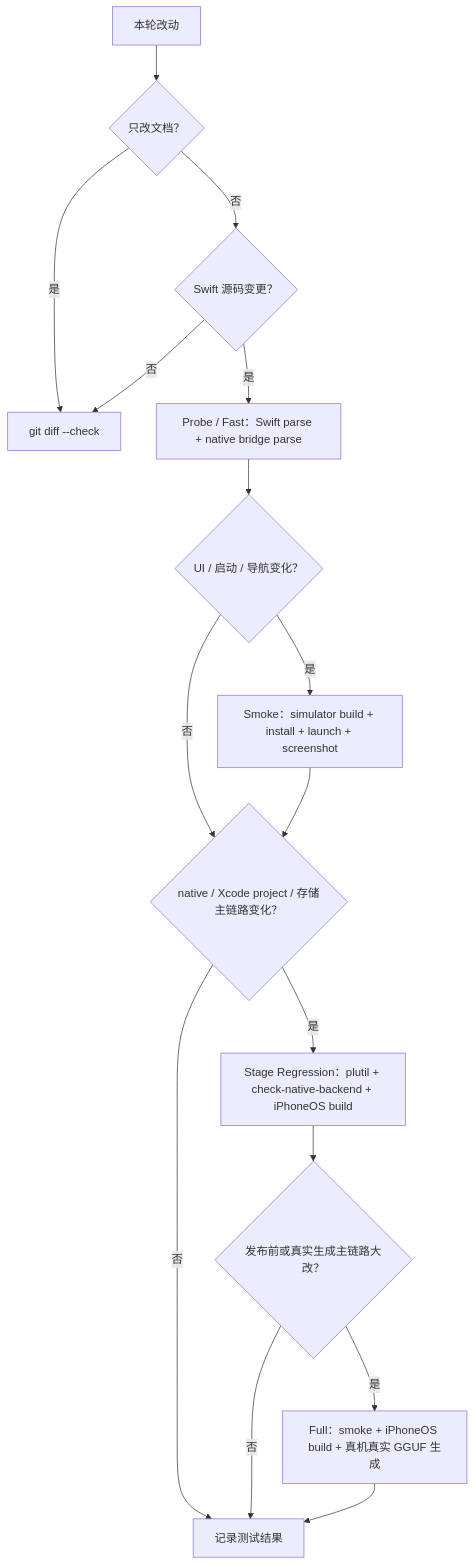
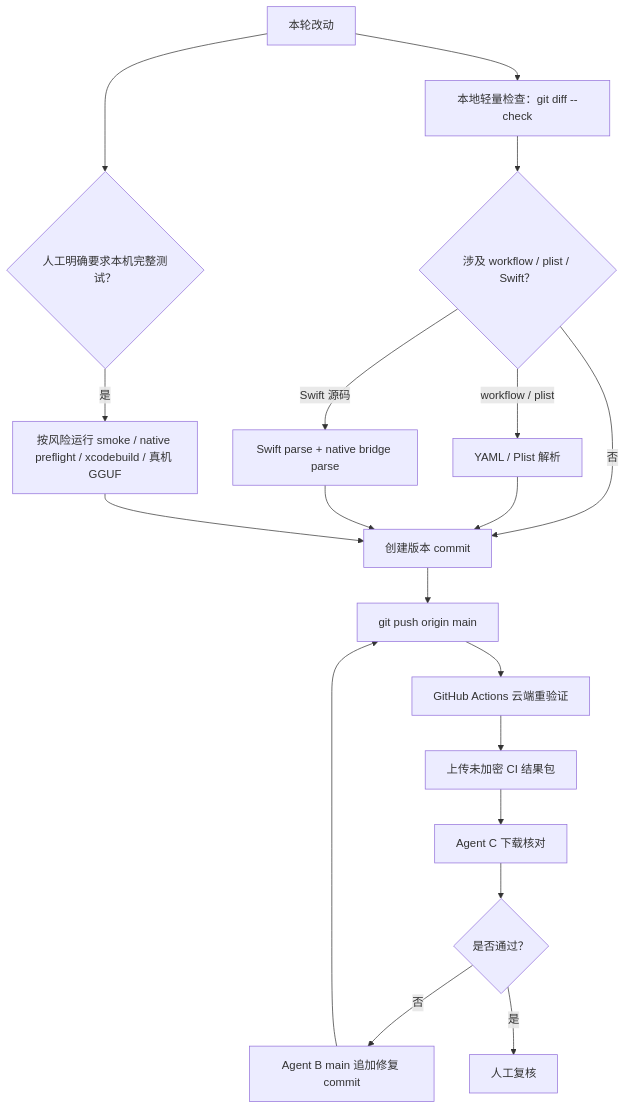
The sixth of 6 diagrams in md/flow/flowchart.md (Altman-sam114/118), drawn with Mermaid before and after one commit. The commit also changed other lines of this file and 8 other files, not shown here.

````diff
--- a/md/flow/flowchart.md
+++ b/md/flow/flowchart.md
@@ -97,18 +125,21 @@
 ```mermaid
 flowchart TD
-  A["本轮改动"] --> B{"只改文档？"}
-  B -- "是" --> C["git diff --check"]
-  B -- "否" --> D{"Swift 源码变更？"}
-  D -- "是" --> E["Probe / Fast：Swift parse + native bridge parse"]
-  D -- "否" --> C
-  E --> F{"UI / 启动 / 导航变化？"}
-  F -- "是" --> G["Smoke：simulator build + install + launch + screenshot"]
-  F -- "否" --> H{"native / Xcode project / 存储主链路变化？"}
-  G --> H
-  H -- "是" --> I["Stage Regression：plutil + check-native-backend + iPhoneOS build"]
-  H -- "否" --> J["记录测试结果"]
-  I --> K{"发布前或真实生成主链路大改？"}
-  K -- "是" --> L["Full：smoke + iPhoneOS build + 真机真实 GGUF 生成"]
-  K -- "否" --> J
-  L --> J
+  A["本轮改动"] --> B["本地轻量检查：git diff --check"]
+  B --> C{"涉及 workflow / plist / Swift？"}
+  C -- "workflow / plist" --> D["YAML / Plist 解析"]
+  C -- "Swift 源码" --> E["Swift parse + native bridge parse"]
+  C -- "否" --> F["创建版本 commit"]
+  D --> F
+  E --> F
+  F --> G["git push origin main"]
+  G --> H["GitHub Actions 云端重验证"]
+  H --> I["上传未加密 CI 结果包"]
+  I --> J["Agent C 下载核对"]
+  J --> K{"是否通过？"}
+  K -- "否" --> L["Agent B main 追加修复 commit"]
+  L --> G
+  K -- "是" --> M["人工复核"]
+  A --> N{"人工明确要求本机完整测试？"}
+  N -- "是" --> O["按风险运行 smoke / native preflight / xcodebuild / 真机 GGUF"]
+  O --> F
 ```
````
